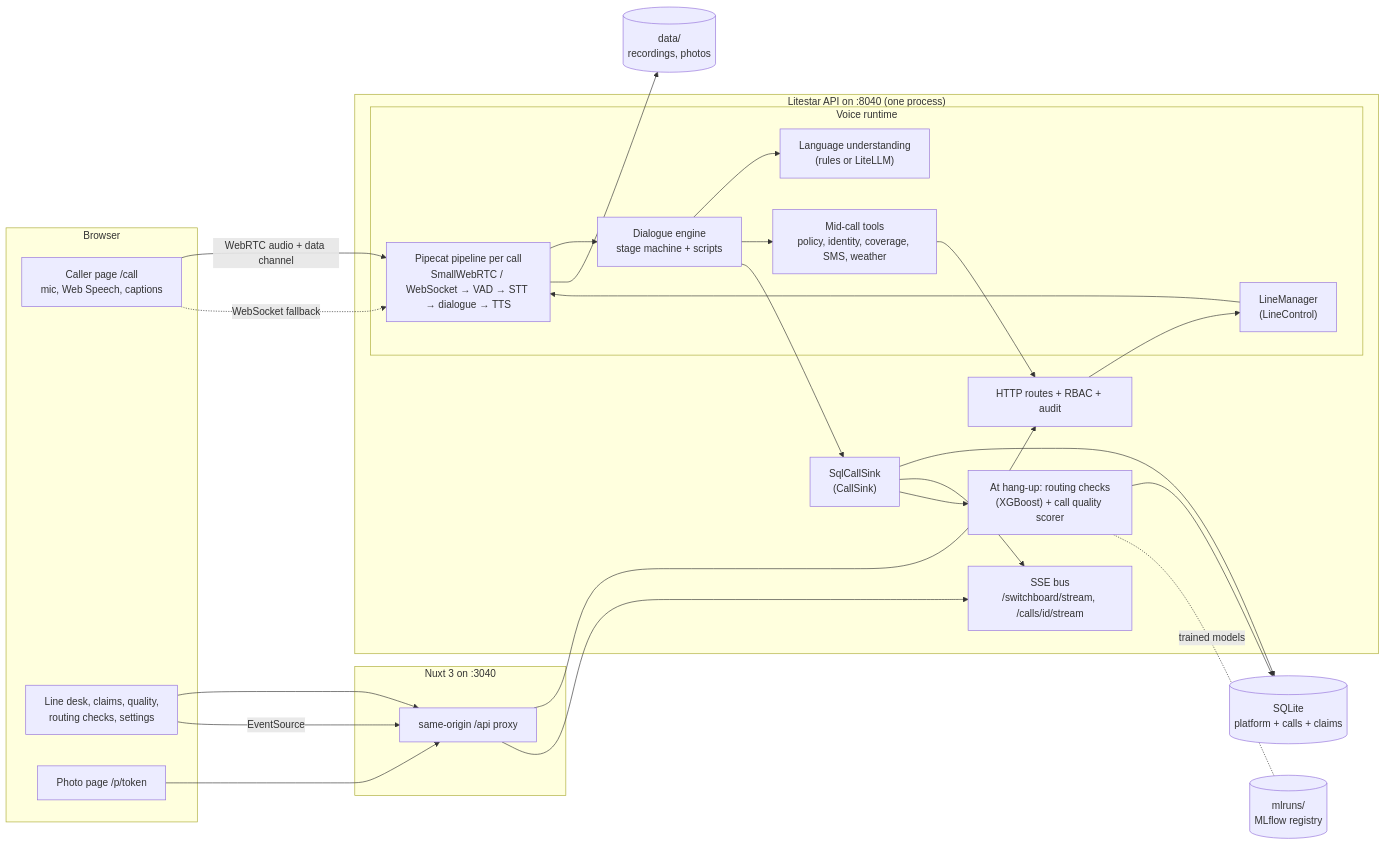
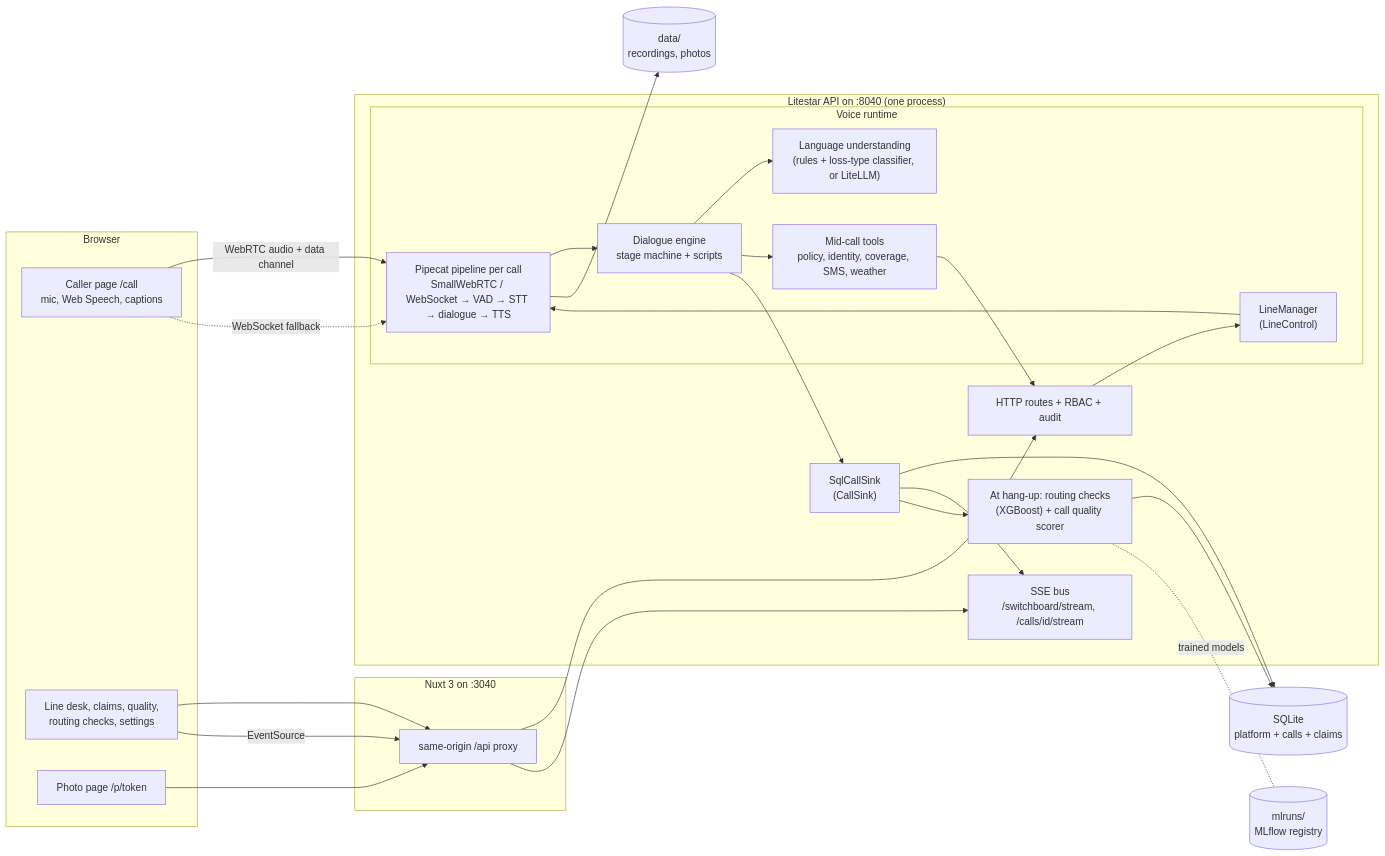
Before and after one commit to moeiz16/ClaimVoice: the diagram in docs/ARCHITECTURE.md, drawn with Mermaid. The commit also changed other lines of this file and 3 other files, not shown here.

Commit message:
docs: loss-type reader fact sheet, training corpus, architecture and honest before/after results

````diff
--- a/docs/ARCHITECTURE.md
+++ b/docs/ARCHITECTURE.md
@@ -8,44 +8,44 @@
 ```mermaid
 flowchart LR
   subgraph Browser
     Caller["Caller page /call<br/>mic, Web Speech, captions"]
     Desk["Line desk, claims, quality,<br/>routing checks, settings"]
     Phone["Photo page /p/token"]
   end
 
   subgraph Web["Nuxt 3 on :3040"]
     Proxy["same-origin /api proxy"]
   end
 
   subgraph API["Litestar API on :8040 (one process)"]
     HTTP["HTTP routes + RBAC + audit"]
     SSE["SSE bus<br/>/switchboard/stream, /calls/id/stream"]
     subgraph Voice["Voice runtime"]
       Lines["LineManager<br/>(LineControl)"]
       Pipe["Pipecat pipeline per call<br/>SmallWebRTC / WebSocket → VAD → STT → dialogue → TTS"]
       Dlg["Dialogue engine<br/>stage machine + scripts"]
-      NLU["Language understanding<br/>(rules or LiteLLM)"]
+      NLU["Language understanding<br/>(rules + loss-type classifier, or LiteLLM)"]
       Tools["Mid-call tools<br/>policy, identity, coverage, SMS, weather"]
     end
     Sink["SqlCallSink<br/>(CallSink)"]
     Score["At hang-up: routing checks<br/>(XGBoost) + call quality scorer"]
   end
 
   DB[("SQLite<br/>platform + calls + claims")]
   Files[("data/<br/>recordings, photos")]
   MLflow[("mlruns/<br/>MLflow registry")]
 
   Caller -- "WebRTC audio + data channel" --> Pipe
   Caller -. "WebSocket fallback" .-> Pipe
   Desk --> Proxy --> HTTP
   Desk -- "EventSource" --> Proxy --> SSE
   Phone --> Proxy
   HTTP --> Lines --> Pipe
   Pipe --> Dlg --> NLU
   Dlg --> Tools --> HTTP
   Dlg --> Sink --> DB
   Sink --> SSE
   Sink --> Score --> DB
   Pipe --> Files
   Score -. "trained models" .- MLflow
 ```
````
